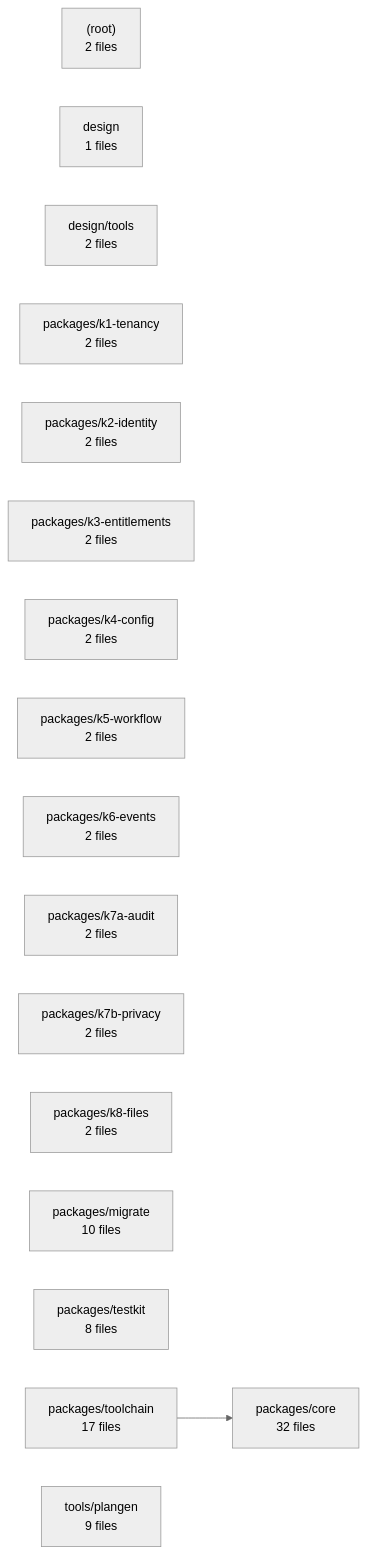
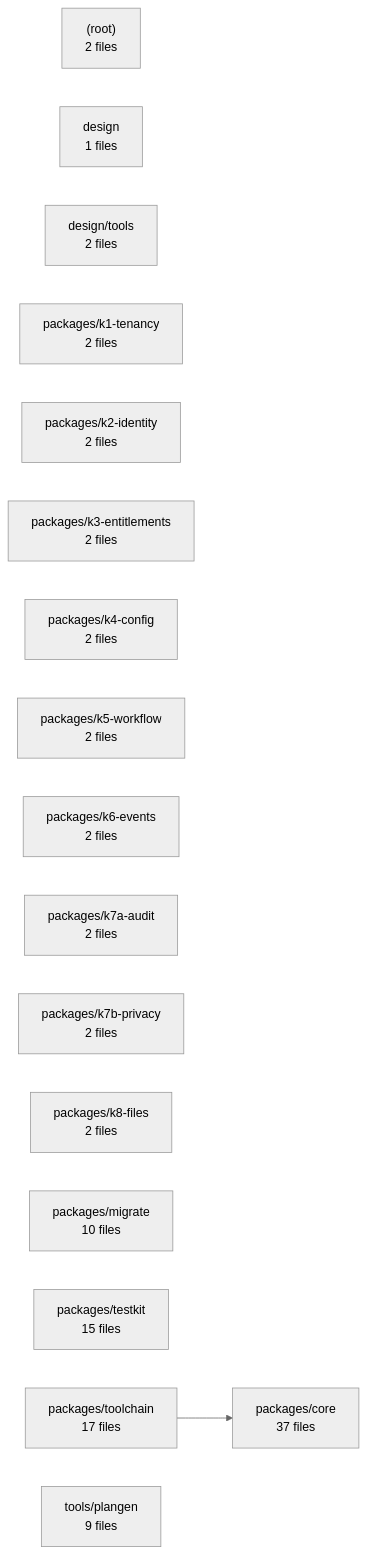
One commit to AadarshMishraa/epc_dashboard changed the diagram in .claude/map/diagrams/modules.mmd. Above: the diagram before and after it, drawn with Mermaid (neutral theme). The commit also changed 22 other files, not shown here.

```diff
--- a/.claude/map/diagrams/modules.mmd
+++ b/.claude/map/diagrams/modules.mmd
@@ -1,19 +1,19 @@
 flowchart LR
   _root_["(root)<br/>2 files"]
   design["design<br/>1 files"]
   design_tools["design/tools<br/>2 files"]
-  packages_core["packages/core<br/>32 files"]
+  packages_core["packages/core<br/>37 files"]
   packages_k1_tenancy["packages/k1-tenancy<br/>2 files"]
   packages_k2_identity["packages/k2-identity<br/>2 files"]
   packages_k3_entitlements["packages/k3-entitlements<br/>2 files"]
   packages_k4_config["packages/k4-config<br/>2 files"]
   packages_k5_workflow["packages/k5-workflow<br/>2 files"]
   packages_k6_events["packages/k6-events<br/>2 files"]
   packages_k7a_audit["packages/k7a-audit<br/>2 files"]
   packages_k7b_privacy["packages/k7b-privacy<br/>2 files"]
   packages_k8_files["packages/k8-files<br/>2 files"]
   packages_migrate["packages/migrate<br/>10 files"]
-  packages_testkit["packages/testkit<br/>8 files"]
+  packages_testkit["packages/testkit<br/>15 files"]
   packages_toolchain["packages/toolchain<br/>17 files"]
   tools_plangen["tools/plangen<br/>9 files"]
   packages_toolchain --> packages_core
```
